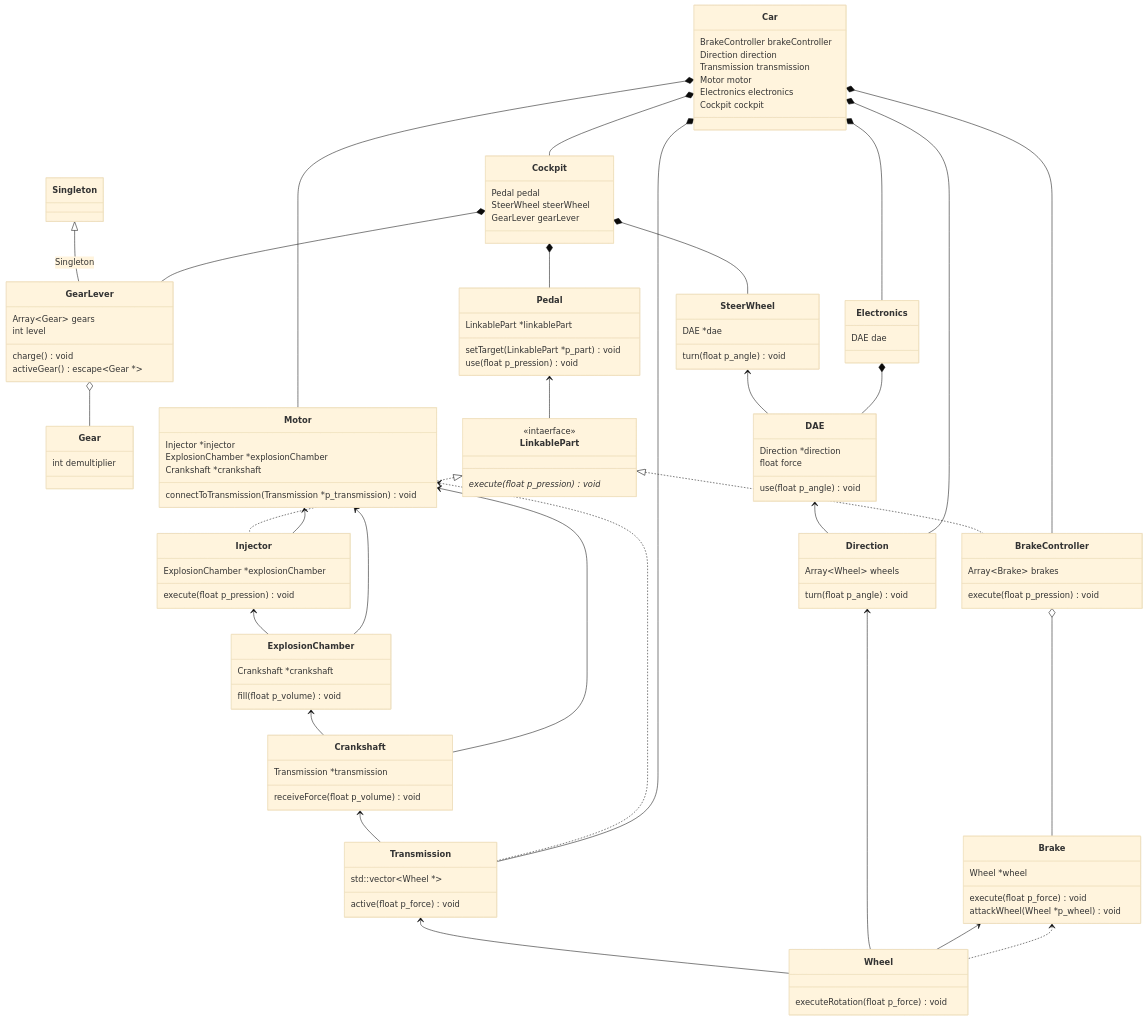
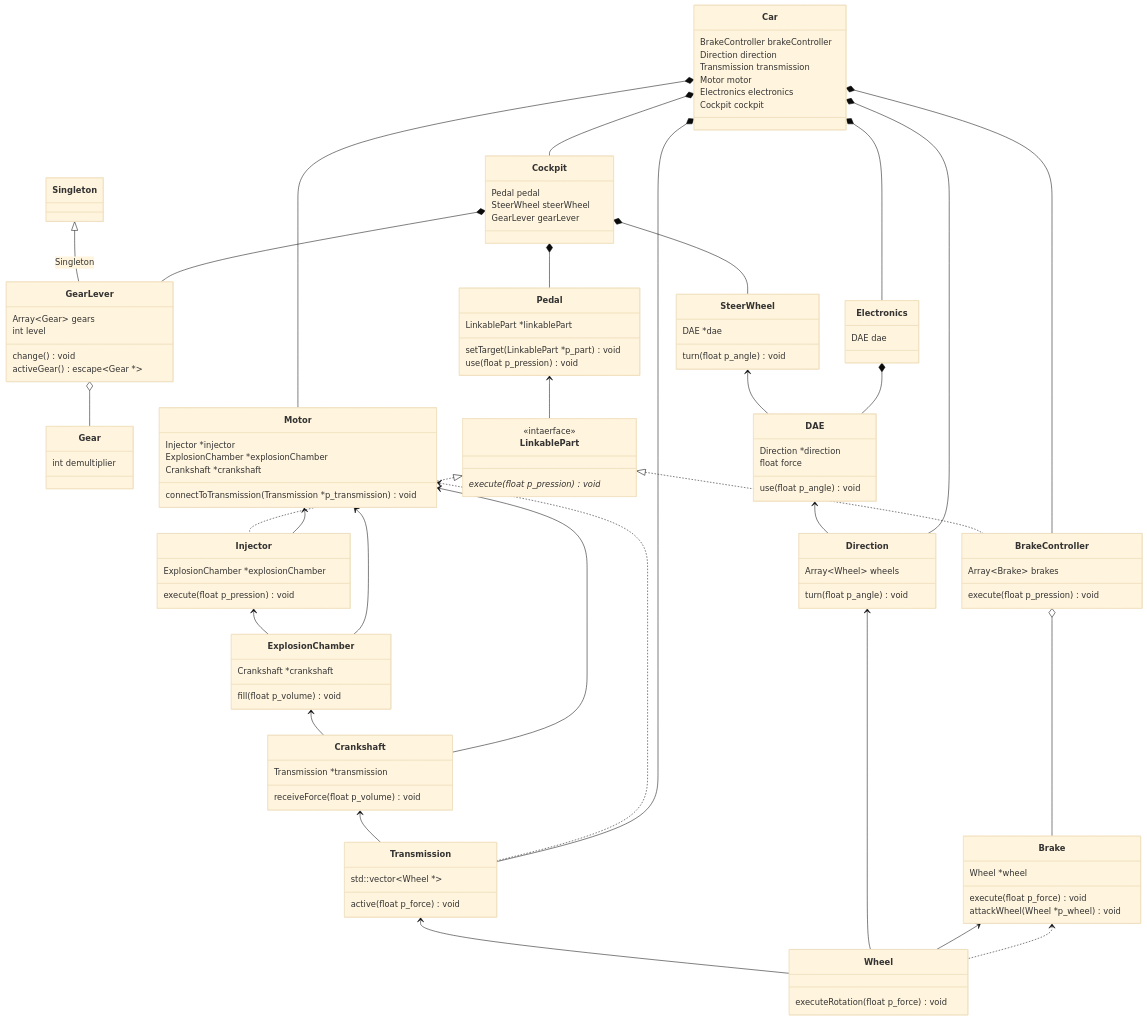
Before and after one commit to PalmNeko/piscine-object02-UML: the diagram in subject.md, drawn with Mermaid (base theme).

```diff
--- a/subject.md
+++ b/subject.md
@@ -67,7 +67,7 @@
     class GearLever {
         Array~Gear~ gears
         int level
-        charge() void
+        change() void
         activeGear() escape~Gear *~
     }
 
```
